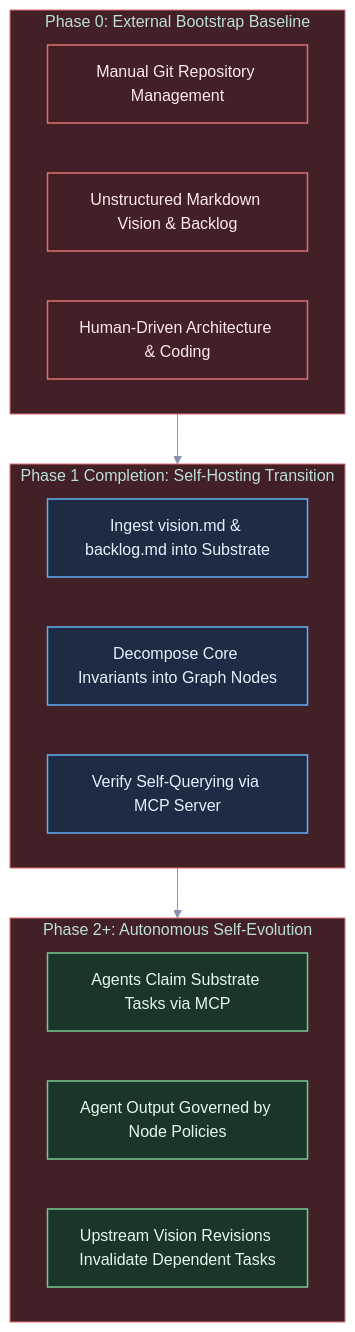
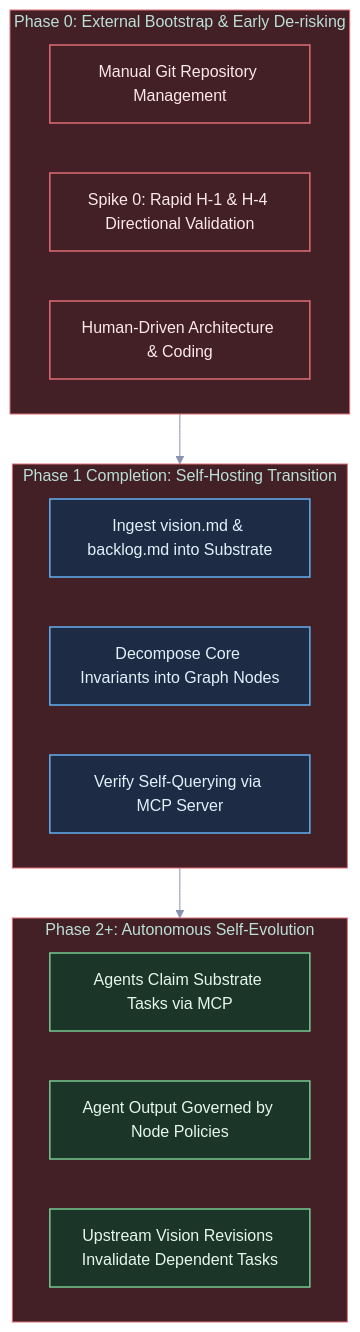
One commit to Shapedsundew9/tks changed the second of 3 diagrams in docs/vision/strategic-planning-backlog.md. Above: the diagram before and after it, drawn with Mermaid. The commit also changed other lines of this file and 2 other files, not shown here.

Commit message:
Vision alignment: iteration 2

````diff
--- a/docs/vision/strategic-planning-backlog.md
+++ b/docs/vision/strategic-planning-backlog.md
@@ -92,44 +102,44 @@
 ```mermaid
 %%{init: {
   'theme': 'base',
   'themeVariables': {
     'darkMode': true,
     'background': '#161922',
     'mainBkg': '#1e2230',
     'nodeBorder': '#434c5e',
     'textColor': '#e2e8f0',
     'fontFamily': 'ui-sans-serif, system-ui, sans-serif',
     'lineColor': '#8892b0',
     'primaryColor': '#1b3528',
     'primaryBorderColor': '#73c991',
     'secondaryColor': '#1d2c44',
     'secondaryBorderColor': '#61afef',
     'tertiaryColor': '#422026',
     'tertiaryBorderColor': '#e06c75'
   }
 }}%%
 flowchart TD
     classDef external fill:#422026,stroke:#e06c75,stroke-width:1.5px,color:#fde8ec;
     classDef transition fill:#1d2c44,stroke:#61afef,stroke-width:1.5px,color:#e4f0fc;
     classDef internal fill:#1b3528,stroke:#73c991,stroke-width:1.5px,color:#e6f7ee;
 
-    subgraph Phase0["Phase 0: External Bootstrap Baseline"]
+    subgraph Phase0["Phase 0: External Bootstrap & Early De-risking"]
         E1["Manual Git Repository Management"]:::external
-        E2["Unstructured Markdown Vision & Backlog"]:::external
+        E2["Spike 0: Rapid H-1 & H-4 Directional Validation"]:::external
         E3["Human-Driven Architecture & Coding"]:::external
     end
 
     subgraph Transition["Phase 1 Completion: Self-Hosting Transition"]
         T1["Ingest vision.md & backlog.md into Substrate"]:::transition
         T2["Decompose Core Invariants into Graph Nodes"]:::transition
         T3["Verify Self-Querying via MCP Server"]:::transition
     end
 
     subgraph Phase2Plus["Phase 2+: Autonomous Self-Evolution"]
         I1["Agents Claim Substrate Tasks via MCP"]:::internal
         I2["Agent Output Governed by Node Policies"]:::internal
         I3["Upstream Vision Revisions Invalidate Dependent Tasks"]:::internal
     end
 
     Phase0 --> Transition --> Phase2Plus
 ```
````
